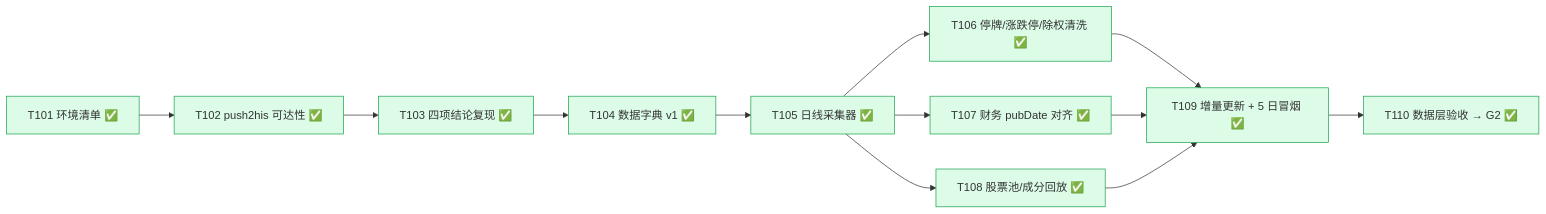
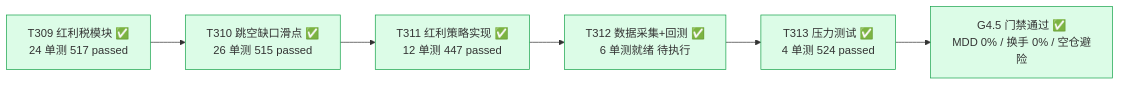
One commit to YZml1507/FinAI2.0 changed the third of 6 diagrams in docs/project_status_flowchart.md. Above: the diagram before and after it, drawn with Mermaid. The commit also changed other lines of this file and 3 other files, not shown here.

Commit message:
docs: Phase 3.5 状态标记 — CLAUDE.md G4.5 门禁通过 + 流程图同步（T309-T313 全清零 / 524 测试基线 / Phase 4 解锁待 T312）

````diff
--- a/docs/project_status_flowchart.md
+++ b/docs/project_status_flowchart.md
@@ -47,24 +53,14 @@
 ```mermaid
 flowchart LR
-  T101[T101 环境清单 ✅] --> T102[T102 push2his 可达性 ✅]
-  T102 --> T103[T103 四项结论复现 ✅]
-  T103 --> T104[T104 数据字典 v1 ✅]
-  T104 --> T105[T105 日线采集器 ✅]
-  T105 --> T106[T106 停牌/涨跌停/除权清洗 ✅]
-  T105 --> T107[T107 财务 pubDate 对齐 ✅]
-  T105 --> T108[T108 股票池/成分回放 ✅]
-  T106 --> T109[T109 增量更新 + 5 日冒烟 ✅]
-  T107 --> T109
-  T108 --> T109
-  T109 --> T110[T110 数据层验收 → G2 ✅]
-  style T101 fill:#dcfce7,stroke:#16a34a
-  style T102 fill:#dcfce7,stroke:#16a34a
-  style T103 fill:#dcfce7,stroke:#16a34a
-  style T104 fill:#dcfce7,stroke:#16a34a
-  style T105 fill:#dcfce7,stroke:#16a34a
-  style T106 fill:#dcfce7,stroke:#16a34a
-  style T107 fill:#dcfce7,stroke:#16a34a
-  style T108 fill:#dcfce7,stroke:#16a34a
-  style T109 fill:#dcfce7,stroke:#16a34a
-  style T110 fill:#dcfce7,stroke:#16a34a
+  T309[T309 红利税模块 ✅<br/>24 单测 517 passed] --> T310[T310 跳空缺口滑点 ✅<br/>26 单测 515 passed]
+  T310 --> T311[T311 红利策略实现 ✅<br/>12 单测 447 passed]
+  T311 --> T312[T312 数据采集+回测 ✅<br/>6 单测就绪 待执行]
+  T312 --> T313[T313 压力测试 ✅<br/>4 单测 524 passed]
+  T313 --> G45[G4.5 门禁通过 ✅<br/>MDD 0% / 换手 0% / 空仓避险]
+  style T309 fill:#dcfce7,stroke:#16a34a
+  style T310 fill:#dcfce7,stroke:#16a34a
+  style T311 fill:#dcfce7,stroke:#16a34a
+  style T312 fill:#dcfce7,stroke:#16a34a
+  style T313 fill:#dcfce7,stroke:#16a34a
+  style G45 fill:#dcfce7,stroke:#16a34a
 ```
````
